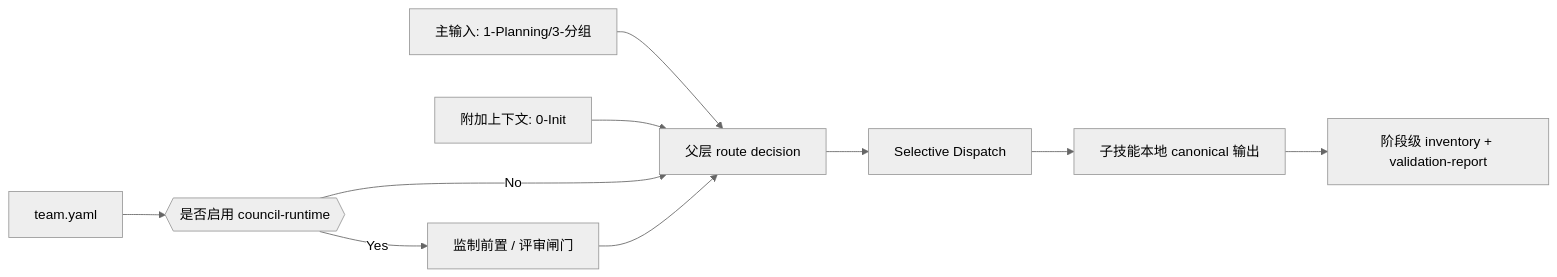
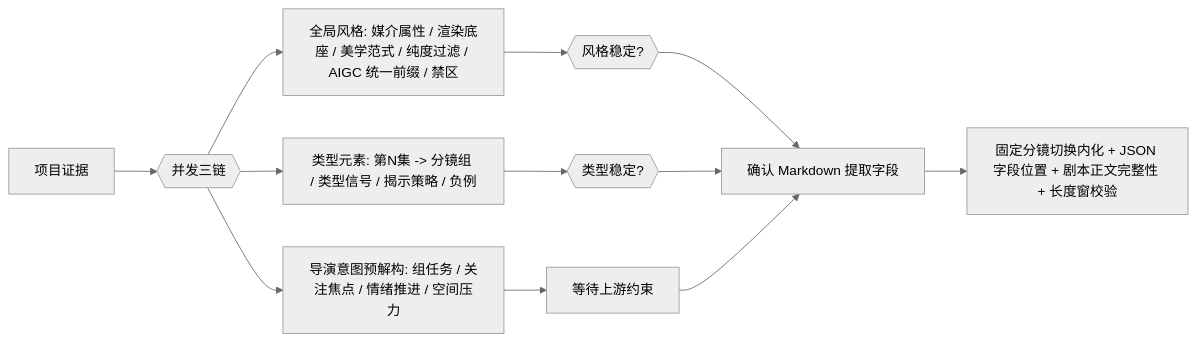
Before and after one commit to ZEN-VOID/AI-CUT: the second of 4 diagrams in .agents/skills/aigc/2-Global/SKILL.md, drawn with Mermaid (neutral theme). The commit also changed other lines of this file and 244 other files, not shown here.

````diff
--- a/.agents/skills/aigc/2-Global/SKILL.md
+++ b/.agents/skills/aigc/2-Global/SKILL.md
@@ -192,12 +156,14 @@
 ```mermaid
 flowchart LR
-    A["主输入: 1-Planning/3-分组"] --> B["父层 route decision"]
-    C["附加上下文: 0-Init"] --> B
-    D["team.yaml"] --> E{{"是否启用 council-runtime"}}
-    E -->|"Yes"| F["监制前置 / 评审闸门"]
-    E -->|"No"| B
-    F --> B
-    B --> G["Selective Dispatch"]
-    G --> H["子技能本地 canonical 输出"]
-    H --> I["阶段级 inventory + validation-report"]
+    A["项目证据"] --> B{{"并发三链"}}
+    B --> C["全局风格: 媒介属性 / 渲染底座 / 美学范式 / 纯度过滤 / AIGC 统一前缀 / 禁区"]
+    B --> D["类型元素: 第N集 -> 分镜组 / 类型信号 / 揭示策略 / 负例"]
+    B --> E["导演意图预解构: 组任务 / 关注焦点 / 情绪推进 / 空间压力"]
+    C --> F{{"风格稳定?"}}
+    D --> G{{"类型稳定?"}}
+    E --> H["等待上游约束"]
+    F --> I["确认 Markdown 提取字段"]
+    G --> I
+    H --> I
+    I --> J["固定分镜切换内化 + JSON 字段位置 + 剧本正文完整性 + 长度窗校验"]
 ```
````
